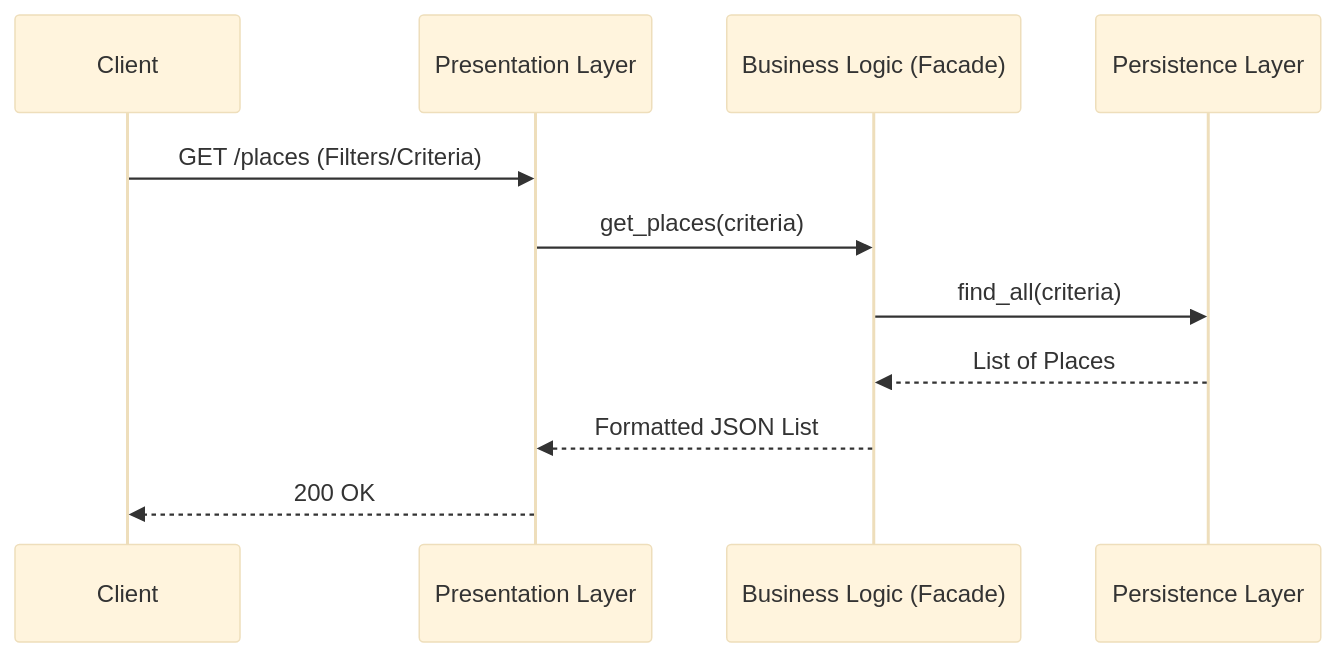
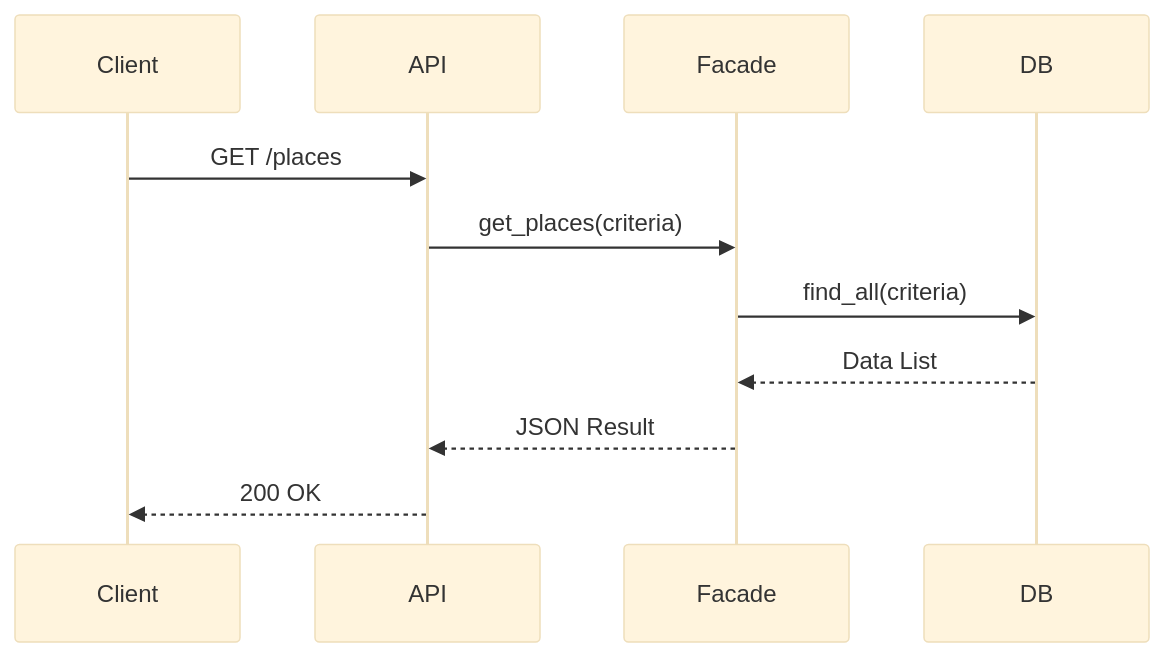
Before and after one commit to mammadovs/holbertonschool-hbnb: the sixth of 6 diagrams in part1/README.md, drawn with Mermaid (base theme). The commit also changed other lines of this file, not shown here.

````diff
--- a/part1/README.md
+++ b/part1/README.md
@@ -161,14 +139,13 @@
 ```mermaid
 sequenceDiagram
-    participant Client
-    participant API as Presentation Layer
-    participant Facade as Business Logic (Facade)
-    participant DB as Persistence Layer
-
-    Client->>API: GET /places (Filters/Criteria)
-    API->>Facade: get_places(criteria)
-    Facade->>DB: find_all(criteria)
-    DB-->>Facade: List of Places
-    Facade-->>API: Formatted JSON List
-    API-->>Client: 200 OK
+    participant C as Client
+    participant A as API
+    participant F as Facade
+    participant D as DB
+    C->>A: GET /places
+    A->>F: get_places(criteria)
+    F->>D: find_all(criteria)
+    D-->>F: Data List
+    F-->>A: JSON Result
+    A-->>C: 200 OK
 ```
````
